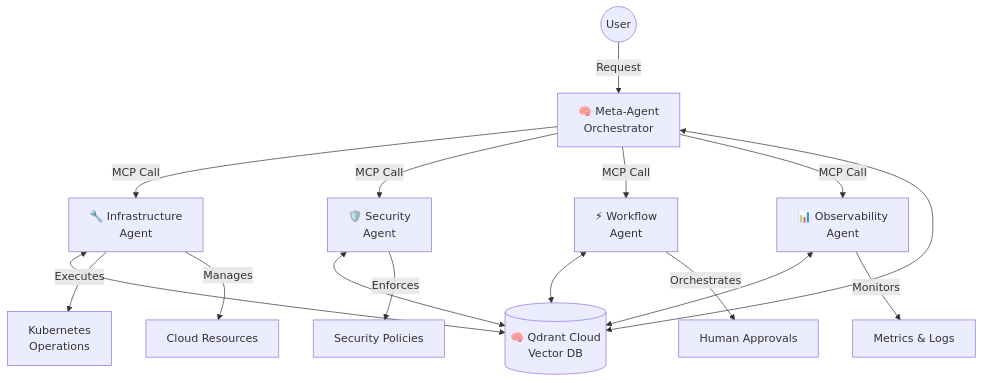
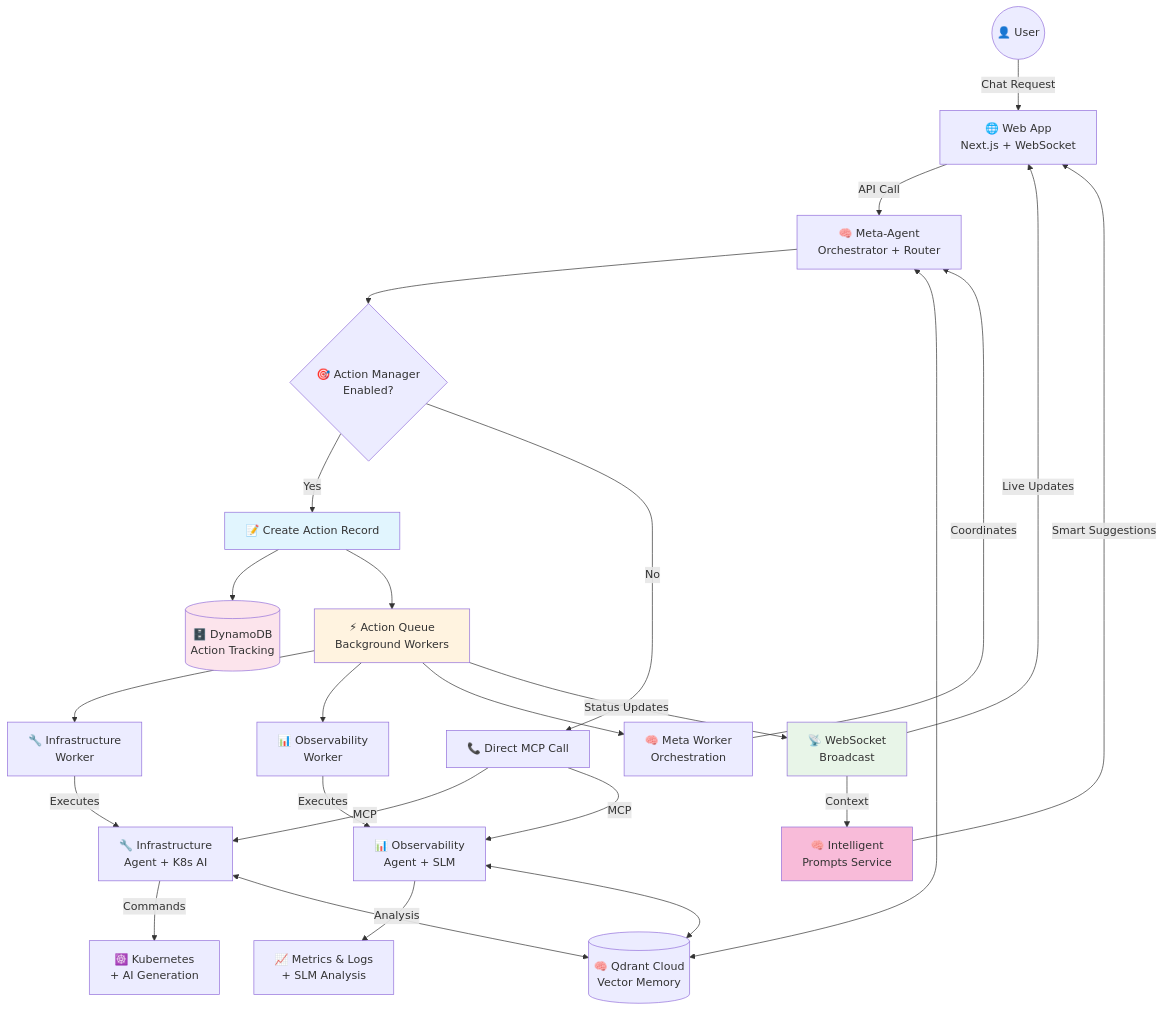
Before and after one commit to ayansasmal/idp-agent: the first of 6 diagrams in docs/MULTI-AGENT-ARCHITECTURE.md, drawn with Mermaid. The commit also changed other lines of this file and 4 other files, not shown here.

````diff
--- a/docs/MULTI-AGENT-ARCHITECTURE.md
+++ b/docs/MULTI-AGENT-ARCHITECTURE.md
@@ -17,21 +33,46 @@
 ```mermaid
 flowchart TD
-    User((User)) -->|Request| MetaAgent[🧠 Meta-Agent<br/>Orchestrator]
+    User((👤 User)) -->|Chat Request| WebApp[🌐 Web App<br/>Next.js + WebSocket]
+    WebApp -->|API Call| MetaAgent[🧠 Meta-Agent<br/>Orchestrator + Router]
     
-    MetaAgent -->|MCP Call| MCPInfra[🔧 Infrastructure<br/>Agent]
-    MetaAgent -->|MCP Call| MCPSecurity[🛡️ Security<br/>Agent]
-    MetaAgent -->|MCP Call| MCPWorkflow[⚡ Workflow<br/>Agent]  
-    MetaAgent -->|MCP Call| MCPObs[📊 Observability<br/>Agent]
-
-    MetaAgent <--> Qdrant[(🧠 Qdrant Cloud<br/>Vector DB)]
+    MetaAgent --> ActionMgr{🎯 Action Manager<br/>Enabled?}
+    ActionMgr -->|Yes| CreateAction[📝 Create Action Record]
+    ActionMgr -->|No| DirectCall[📞 Direct MCP Call]
+    
+    CreateAction --> DynamoDB[(🗄️ DynamoDB<br/>Action Tracking)]
+    CreateAction --> Queue[⚡ Action Queue<br/>Background Workers]
+    
+    Queue --> InfraWorker[🔧 Infrastructure<br/>Worker]
+    Queue --> ObsWorker[📊 Observability<br/>Worker]
+    Queue --> MetaWorker[🧠 Meta Worker<br/>Orchestration]
+    
+    DirectCall -->|MCP| MCPInfra[🔧 Infrastructure<br/>Agent + K8s AI]
+    DirectCall -->|MCP| MCPObs[📊 Observability<br/>Agent + SLM]
+    
+    InfraWorker -->|Executes| MCPInfra
+    ObsWorker -->|Executes| MCPObs
+    MetaWorker -->|Coordinates| MetaAgent
+    
+    MCPInfra -->|Commands| K8s[☸️ Kubernetes<br/>+ AI Generation]
+    MCPObs -->|Analysis| Metrics[📈 Metrics & Logs<br/>+ SLM Analysis]
+    
+    %% Real-time Updates
+    Queue -->|Status Updates| WSBroadcast[📡 WebSocket<br/>Broadcast]
+    WSBroadcast -->|Live Updates| WebApp
+    
+    %% Intelligence Layer
+    WSBroadcast -->|Context| Intelligence[🧠 Intelligent<br/>Prompts Service]
+    Intelligence -->|Smart Suggestions| WebApp
+    
+    %% Shared Context
+    MetaAgent <--> Qdrant[(🧠 Qdrant Cloud<br/>Vector Memory)]
     MCPInfra <--> Qdrant
-    MCPSecurity <--> Qdrant
-    MCPWorkflow <--> Qdrant
     MCPObs <--> Qdrant
-
-    MCPInfra -->|Executes| K8s[Kubernetes<br/>Operations]
-    MCPInfra -->|Manages| Cloud[Cloud Resources]
-    MCPSecurity -->|Enforces| Policies[Security Policies]
-    MCPWorkflow -->|Orchestrates| Approvals[Human Approvals]
-    MCPObs -->|Monitors| Metrics[Metrics & Logs]
+    
+    %% Styling
+    style CreateAction fill:#e1f5fe
+    style Queue fill:#fff3e0
+    style WSBroadcast fill:#e8f5e8
+    style Intelligence fill:#f8bbd9
+    style DynamoDB fill:#fce4ec
 ```
````
